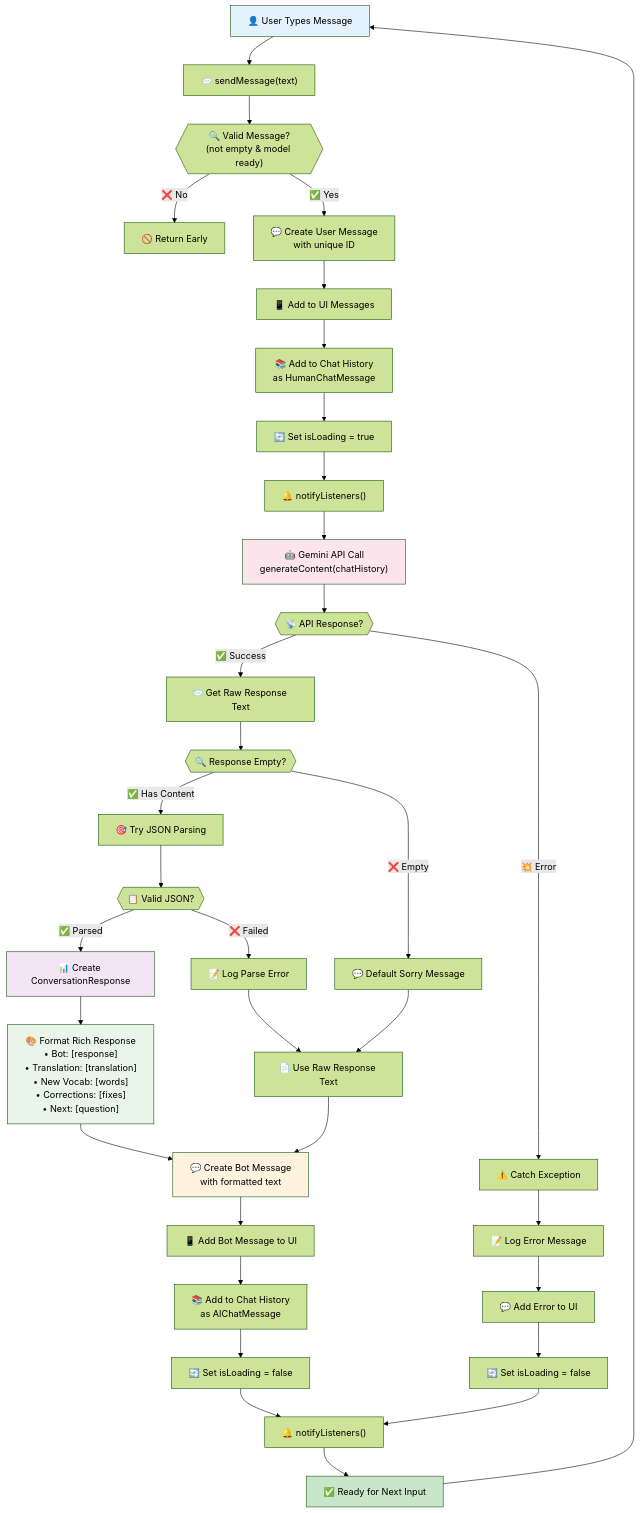
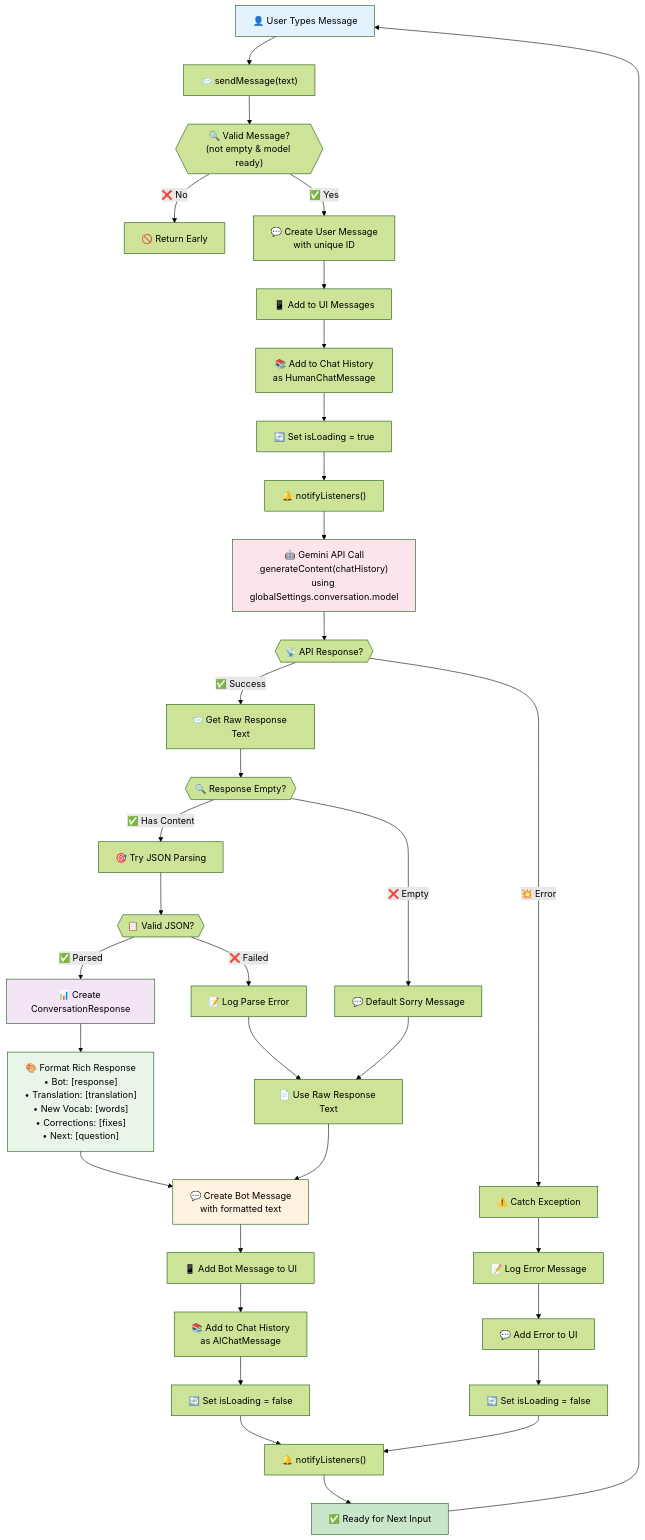
One commit to Robertoarce/gitfluent changed the diagram in docs/conversation-message-flow.mermaid. Above: the diagram before and after it, drawn with Mermaid (forest theme). The commit also changed 18 other files, not shown here.

```diff
--- a/docs/conversation-message-flow.mermaid
+++ b/docs/conversation-message-flow.mermaid
@@ -1,54 +1,54 @@
 flowchart TD
     A["👤 User Types Message"] --> B["📨 sendMessage(text)"]
     B --> C{{"🔍 Valid Message?<br/>(not empty & model ready)"}}
     
     C -->|"❌ No"| D["🚫 Return Early"]
     C -->|"✅ Yes"| E["💬 Create User Message<br/>with unique ID"]
     
     E --> F["📱 Add to UI Messages"]
     F --> G["📚 Add to Chat History<br/>as HumanChatMessage"]
     G --> H["🔄 Set isLoading = true"]
     H --> I["🔔 notifyListeners()"]
     
-    I --> J["🤖 Gemini API Call<br/>generateContent(chatHistory)"]
+    I --> J["🤖 Gemini API Call<br/>generateContent(chatHistory)<br/>using globalSettings.conversation.model"]
     J --> K{{"📡 API Response?"}}
     
     K -->|"💥 Error"| L["⚠️ Catch Exception"]
     K -->|"✅ Success"| M["📨 Get Raw Response Text"]
     
     L --> N["📝 Log Error Message"]
     N --> O["💬 Add Error to UI"]
     O --> P["🔄 Set isLoading = false"]
     
     M --> Q{{"🔍 Response Empty?"}}
     Q -->|"✅ Has Content"| R["🎯 Try JSON Parsing"]
     Q -->|"❌ Empty"| S["💬 Default Sorry Message"]
     
     R --> T{{"📋 Valid JSON?"}}
     T -->|"✅ Parsed"| U["📊 Create ConversationResponse"]
     T -->|"❌ Failed"| V["📝 Log Parse Error"]
     
     U --> W["🎨 Format Rich Response<br/>• Bot: [response]<br/>• Translation: [translation]<br/>• New Vocab: [words]<br/>• Corrections: [fixes]<br/>• Next: [question]"]
     
     V --> X["📄 Use Raw Response Text"]
     S --> X
     
     W --> Y["💬 Create Bot Message<br/>with formatted text"]
     X --> Y
     
     Y --> Z["📱 Add Bot Message to UI"]
     Z --> AA["📚 Add to Chat History<br/>as AIChatMessage"]
     AA --> BB["🔄 Set isLoading = false"]
     BB --> CC["🔔 notifyListeners()"]
     CC --> DD["✅ Ready for Next Input"]
     
     P --> CC
     
     DD --> A
     
     style A fill:#e3f2fd
     style J fill:#fce4ec
     style U fill:#f3e5f5
     style W fill:#e8f5e8
     style Y fill:#fff3e0
     style DD fill:#c8e6c9 
```
